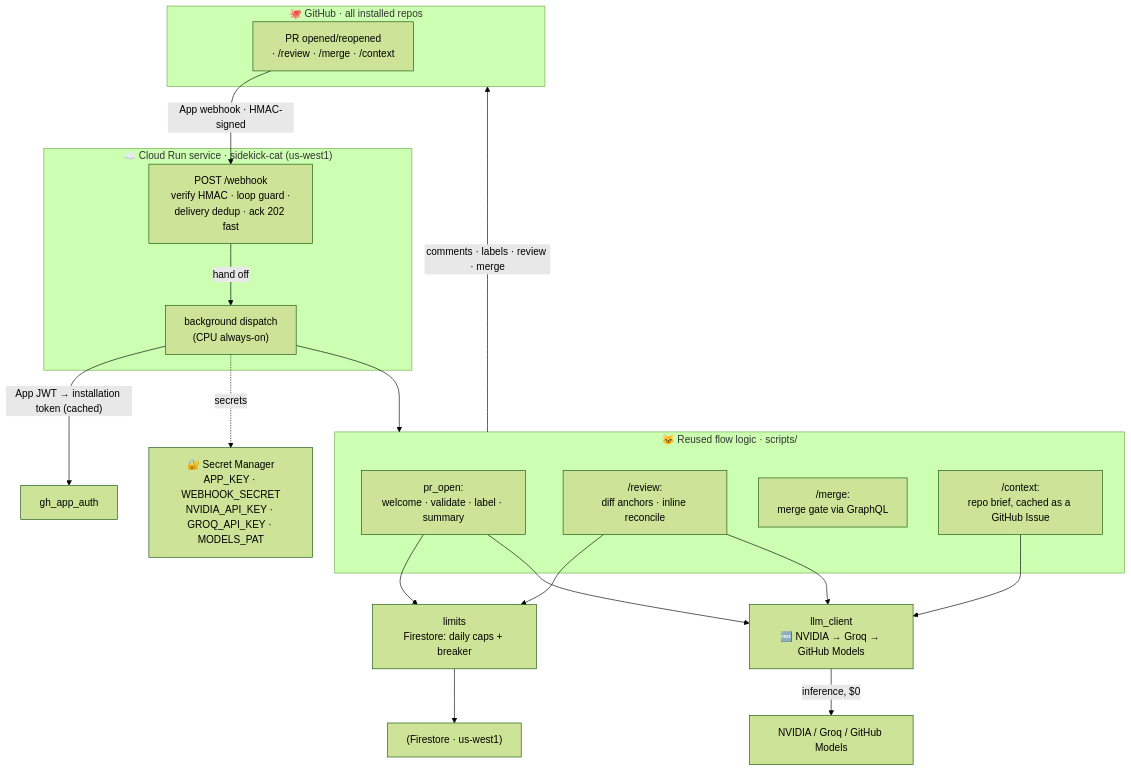
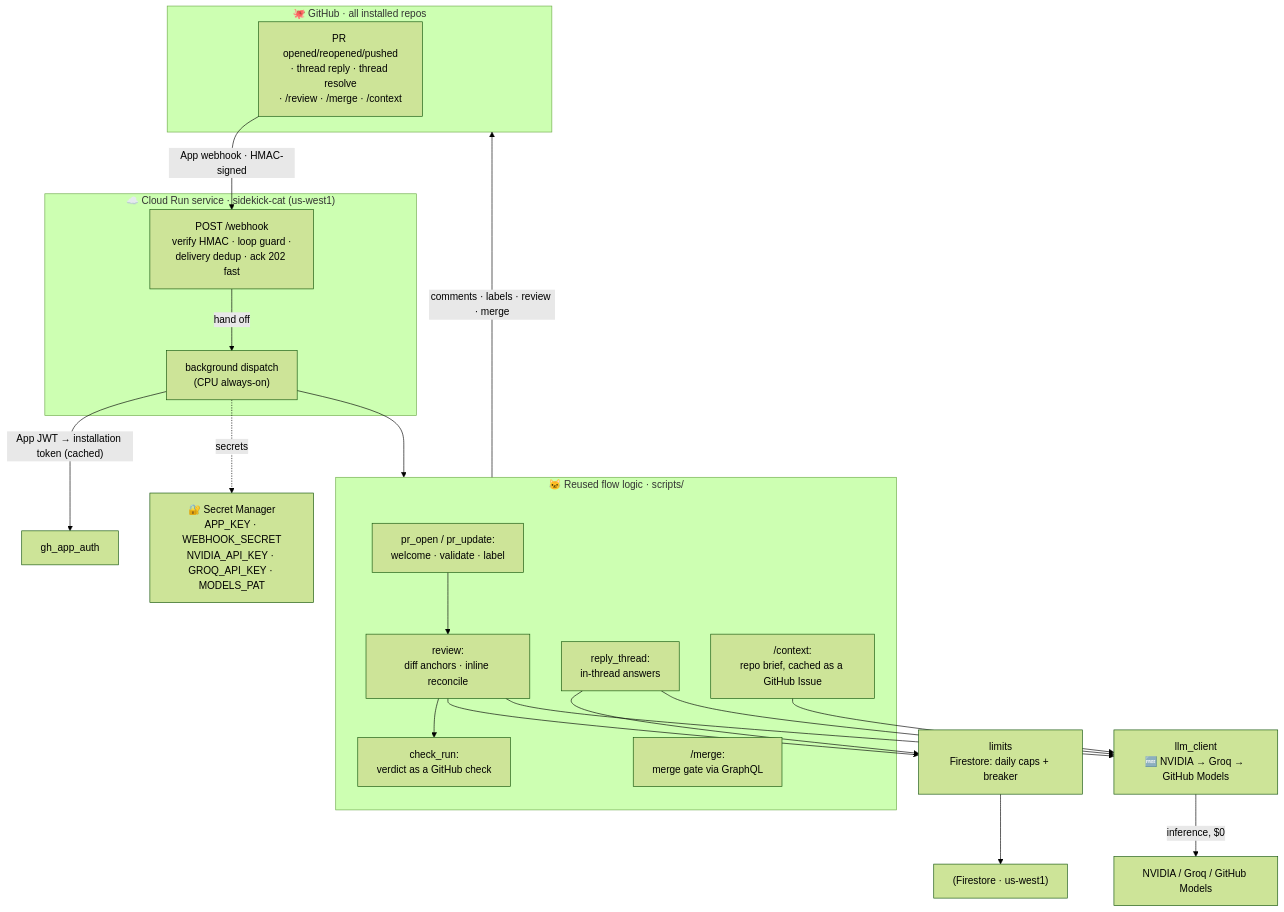
The diagram in README.md (jacklvd/sidekick-cat), drawn with Mermaid (forest theme) before and after one commit. The commit also changed other lines of this file and 5 other files, not shown here.

First line of the commit message:
docs: describe the auto-review, check run, and thread replies

````diff
--- a/README.md
+++ b/README.md
@@ -79,39 +95,43 @@
 ```mermaid
 flowchart TB
     subgraph GH["🐙 GitHub · all installed repos"]
-        EV["PR opened/reopened<br/>· /review · /merge · /context"]
+        EV["PR opened/reopened/pushed<br/>· thread reply · thread resolve<br/>· /review · /merge · /context"]
     end
 
     EV -->|"App webhook · HMAC-signed"| WH
 
     subgraph CR["☁️ Cloud Run service · sidekick-cat (us-west1)"]
         WH["POST /webhook<br/>verify HMAC · loop guard ·<br/>delivery dedup · ack 202 fast"]
         DI["background dispatch<br/>(CPU always-on)"]
         WH -->|hand off| DI
     end
 
     DI -->|"App JWT → installation token (cached)"| AUTH["gh_app_auth"]
     DI --> FLOWS
 
     subgraph FLOWS["🐱 Reused flow logic · scripts/"]
-        PO["pr_open:<br/>welcome · validate · label · summary"]
-        RV["/review:<br/>diff anchors · inline reconcile"]
+        PO["pr_open / pr_update:<br/>welcome · validate · label"]
+        RV["review:<br/>diff anchors · inline reconcile"]
+        CK["check_run:<br/>verdict as a GitHub check"]
+        TR["reply_thread:<br/>in-thread answers"]
         MG["/merge:<br/>merge gate via GraphQL"]
         CX["/context:<br/>repo brief, cached as a GitHub Issue"]
     end
 
-    PO --> LIM
+    PO --> RV
+    RV --> CK
     RV --> LIM
-    PO --> LLM
+    TR --> LIM
     RV --> LLM
+    TR --> LLM
     CX --> LLM
 
     LLM["llm_client<br/>🆓 NVIDIA → Groq → GitHub Models"]
     LIM["limits<br/>Firestore: daily caps + breaker"]
 
     DI -.->|secrets| SM["🔐 Secret Manager<br/>APP_KEY · WEBHOOK_SECRET<br/>NVIDIA_API_KEY · GROQ_API_KEY · MODELS_PAT"]
     LIM --> FS["(Firestore · us-west1)"]
     LLM -->|inference, $0| EXT["NVIDIA / Groq / GitHub Models"]
 
     FLOWS -->|"comments · labels · review · merge"| GH
 ```
````
